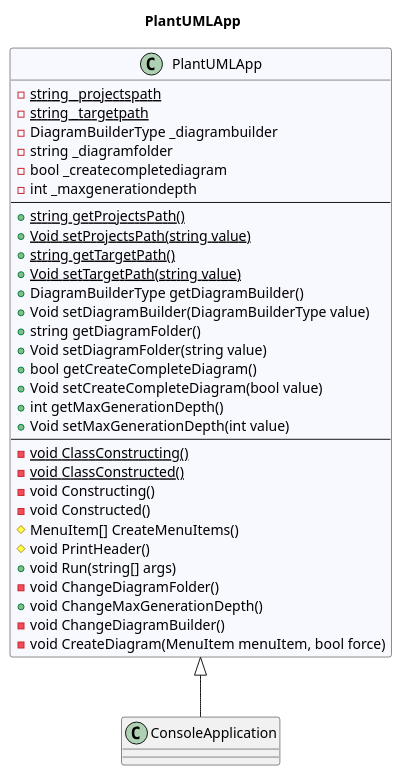
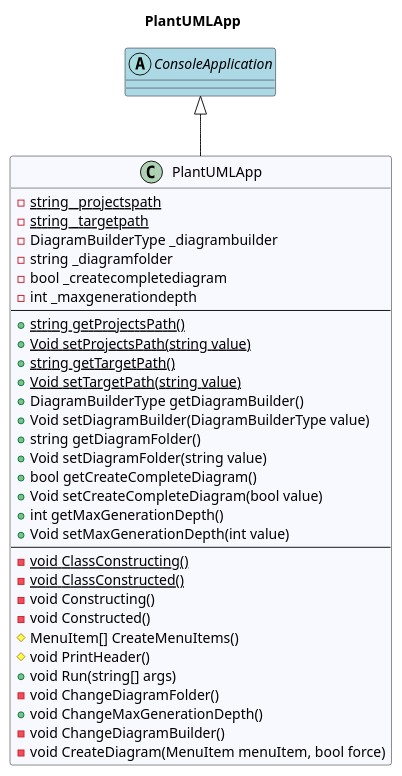
Before and after one commit to leoggehrer/PlantUML: the diagram in PlantUML.ConApp/diagrams/cd_PlantUMLApp.puml, drawn with PlantUML. The commit also changed 51 other files, not shown here.

```diff
--- a/PlantUML.ConApp/diagrams/cd_PlantUMLApp.puml
+++ b/PlantUML.ConApp/diagrams/cd_PlantUMLApp.puml
@@ -1,37 +1,41 @@
 @startuml PlantUMLApp
 title PlantUMLApp
- class PlantUMLApp #GhostWhite {
+class PlantUMLApp #GhostWhite {
 - {static} string _projectspath
 - {static} string _targetpath
 - DiagramBuilderType _diagrambuilder
 - string _diagramfolder
 - bool _createcompletediagram
 - int _maxgenerationdepth
 ---
 + {static} string getProjectsPath()
 + {static} Void setProjectsPath(string value)
 + {static} string getTargetPath()
 + {static} Void setTargetPath(string value)
 + DiagramBuilderType getDiagramBuilder()
 + Void setDiagramBuilder(DiagramBuilderType value)
 + string getDiagramFolder()
 + Void setDiagramFolder(string value)
 + bool getCreateCompleteDiagram()
 + Void setCreateCompleteDiagram(bool value)
 + int getMaxGenerationDepth()
 + Void setMaxGenerationDepth(int value)
 ---
 - {static} void ClassConstructing()
 - {static} void ClassConstructed()
 - void Constructing()
 - void Constructed()
 # MenuItem[] CreateMenuItems()
 # void PrintHeader()
 + void Run(string[] args)
 - void ChangeDiagramFolder()
 + void ChangeMaxGenerationDepth()
 - void ChangeDiagramBuilder()
 - void CreateDiagram(MenuItem menuItem, bool force)
 }
-PlantUMLApp <|-- ConsoleApplication
+ConsoleApplication <|-- PlantUMLApp
+' CustomUML
+abstract class ConsoleApplication #LightBlue {
+}
+' CustomUML
 @enduml
```
